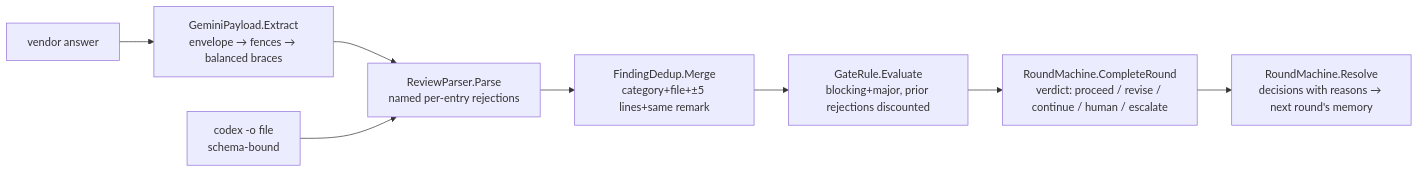
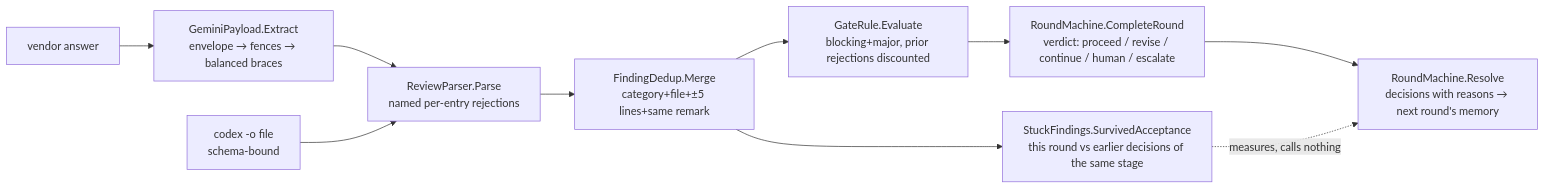
One commit to oleksandrdubyna88/dew_flow_connect_other_ais changed the diagram in research/module_core.md. Above: the diagram before and after it, drawn with Mermaid. The commit also changed other lines of this file and 6 other files, not shown here.

````diff
--- a/research/module_core.md
+++ b/research/module_core.md
@@ -14,10 +14,12 @@
 ```mermaid
 flowchart LR
   raw[vendor answer] --> GP[GeminiPayload.Extract\nenvelope → fences → balanced braces]
   GP --> RP[ReviewParser.Parse\nnamed per-entry rejections]
   raw2[codex -o file\nschema-bound] --> RP
   RP --> DD[FindingDedup.Merge\ncategory+file+±5 lines+same remark]
   DD --> GR[GateRule.Evaluate\nblocking+major, prior rejections discounted]
   GR --> RM[RoundMachine.CompleteRound\nverdict: proceed / revise / continue / human / escalate]
   RM --> RES[RoundMachine.Resolve\ndecisions with reasons → next round's memory]
+  DD --> SF[StuckFindings.SurvivedAcceptance\nthis round vs earlier decisions of the same stage]
+  SF -. measures, calls nothing .-> RES
 ```
````
